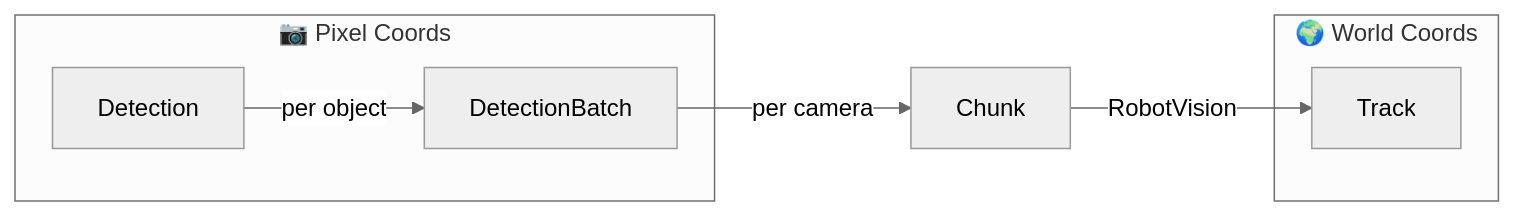
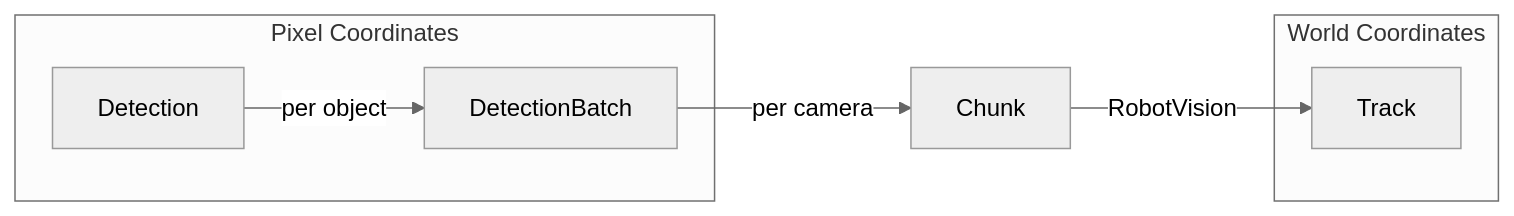
Before and after one commit to open-edge-platform/scenescape: the third of 4 diagrams in tracker/docs/implementation.md, drawn with Mermaid (neutral theme). The commit also changed other lines of this file and 1 other file, not shown here.

````diff
--- a/tracker/docs/implementation.md
+++ b/tracker/docs/implementation.md
@@ -214,14 +216,14 @@
 ```mermaid
 flowchart LR
     D[Detection] -->|per object| DB[DetectionBatch]
     DB -->|per camera| C[Chunk]
     C -->|RobotVision| T[Track]
 
-    subgraph "📷 Pixel Coords"
+    subgraph "Pixel Coordinates"
         D
         DB
     end
-    subgraph "🌍 World Coords"
+    subgraph "World Coordinates"
         T
     end
 ```
````
